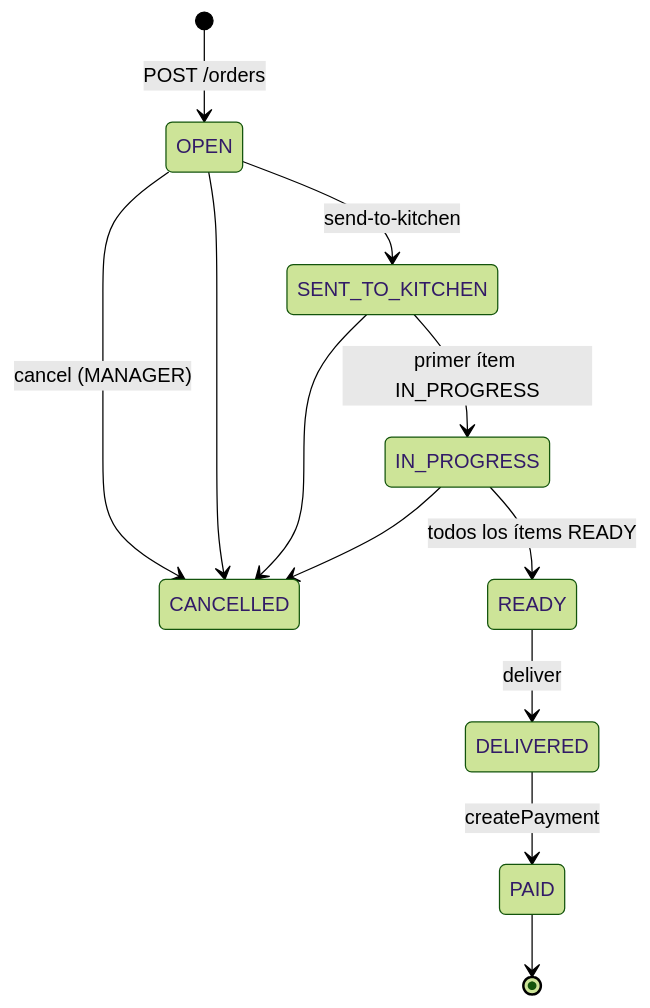
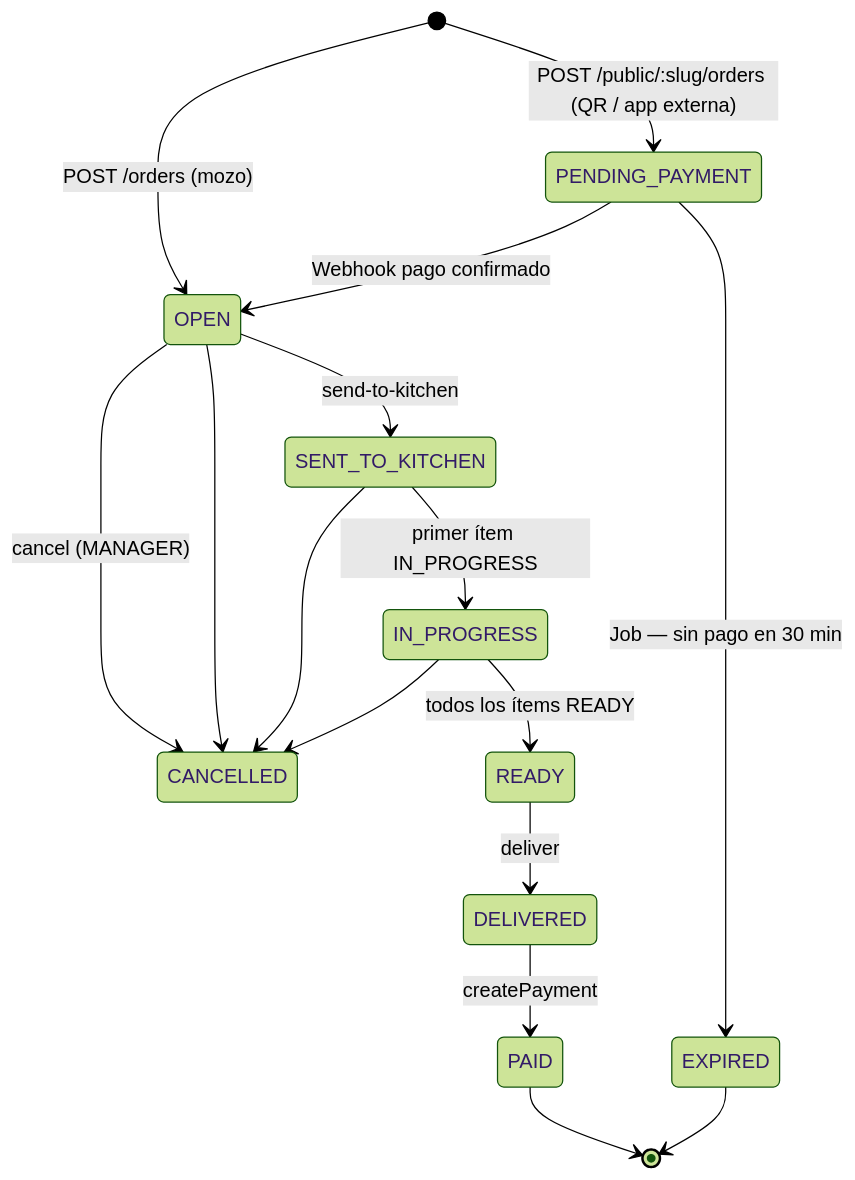
The eighth of 10 diagrams in docs/architecture.md (Giovi-22/resto-core), drawn with Mermaid (forest theme) before and after one commit. The commit also changed other lines of this file, not shown here.

First line of the commit message:
docs(architecture): add self-ordering via QR, public API and payment flow

````diff
--- a/docs/architecture.md
+++ b/docs/architecture.md
@@ -391,18 +469,23 @@
 ```mermaid
 stateDiagram-v2
-    [*] --> OPEN : POST /orders
+    [*] --> PENDING_PAYMENT : POST /public/:slug/orders (QR / app externa)
+    [*] --> OPEN : POST /orders (mozo)
+
+    PENDING_PAYMENT --> OPEN : Webhook pago confirmado
+    PENDING_PAYMENT --> EXPIRED : Job — sin pago en 30 min
 
     OPEN --> SENT_TO_KITCHEN : send-to-kitchen
     OPEN --> CANCELLED : cancel (MANAGER)
 
     SENT_TO_KITCHEN --> IN_PROGRESS : primer ítem IN_PROGRESS
     IN_PROGRESS --> READY : todos los ítems READY
     READY --> DELIVERED : deliver
 
     DELIVERED --> PAID : createPayment
     PAID --> [*]
+    EXPIRED --> [*]
 
     OPEN --> CANCELLED
     SENT_TO_KITCHEN --> CANCELLED
     IN_PROGRESS --> CANCELLED
 ```
````
